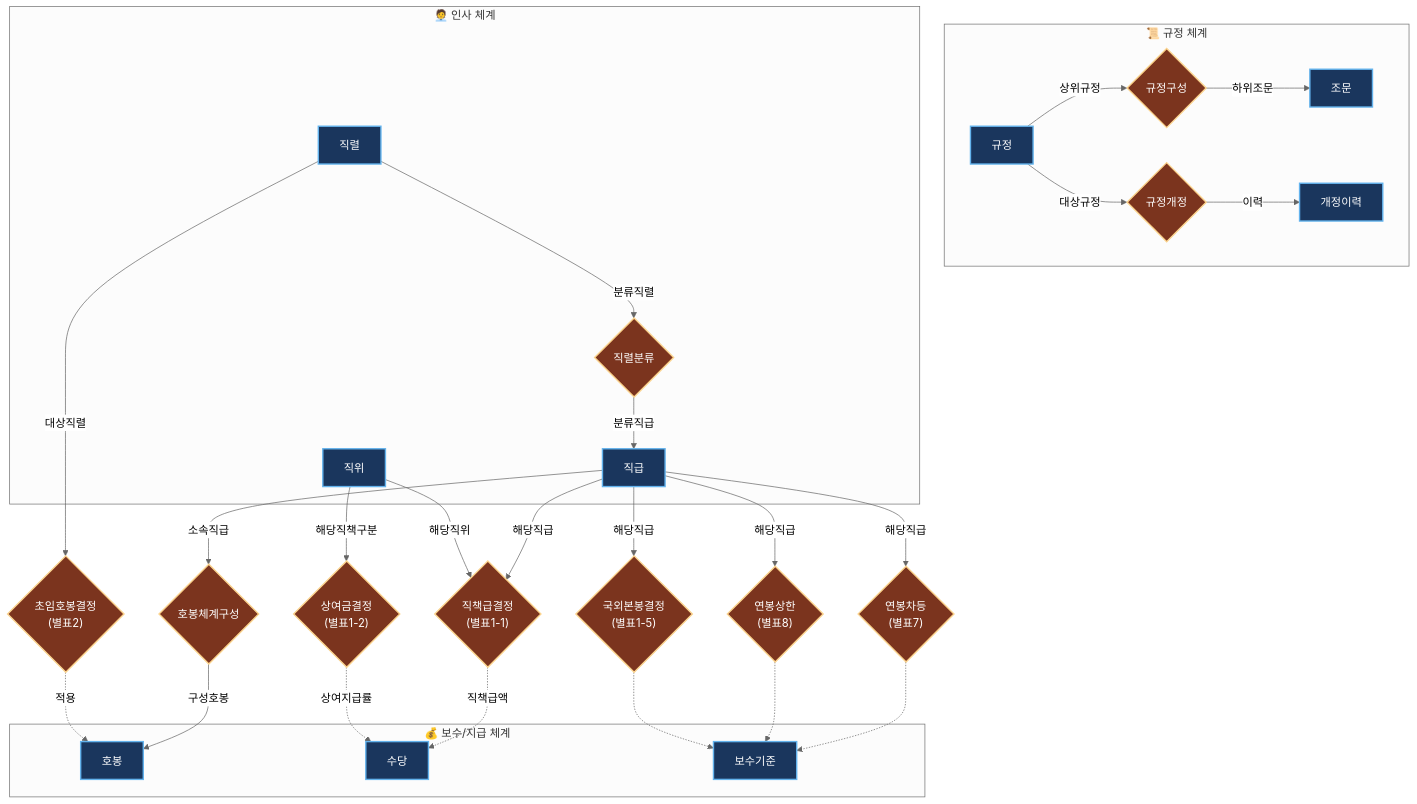
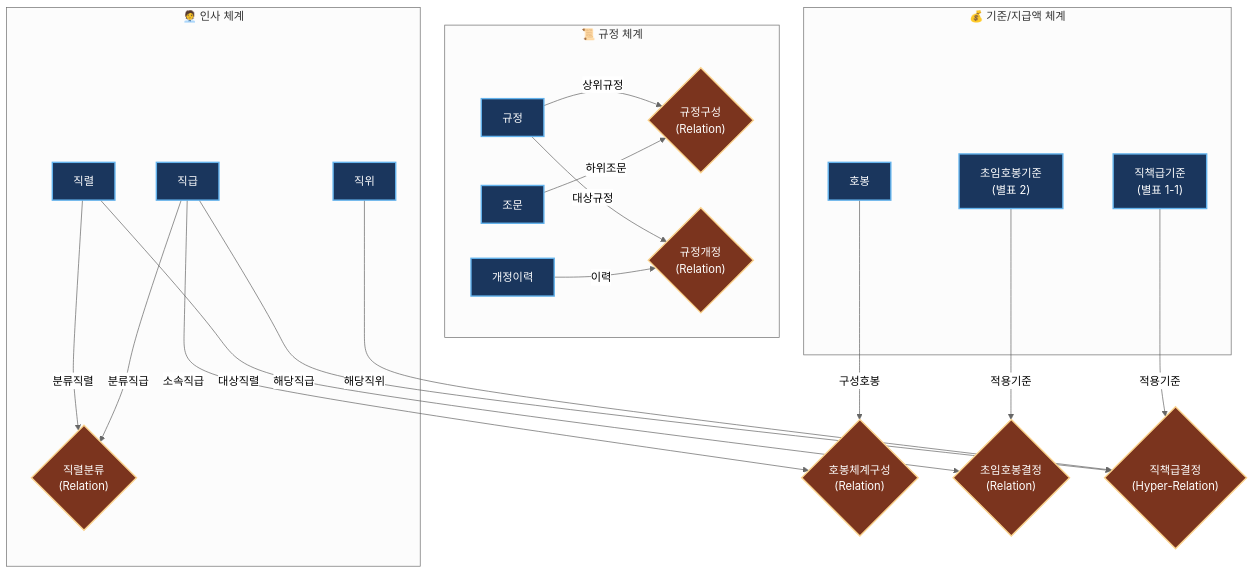
The diagram in docs/schema_diagram.md (shezgone/bok-compensation-regulations), drawn with Mermaid (neutral theme) before and after one commit. The commit also changed other lines of this file, not shown here.

Commit message:
docs: explicitly show N-ary hyper-relations in diagram

````diff
--- a/docs/schema_diagram.md
+++ b/docs/schema_diagram.md
@@ -3,71 +3,65 @@
 ```mermaid
 graph TD
     %% 다크 모드/라이트 모드 모두에서 잘 보이도록 고대비 색상 적용
     classDef entity fill:#1a365d,stroke:#63b3ed,stroke-width:2px,color:#ffffff;
-    classDef relation fill:#7b341e,stroke:#fbd38d,stroke-width:2px,color:#ffffff;
+    classDef relation fill:#7b341e,stroke:#fbd38d,stroke-width:2px,color:#ffffff,shape:diamond;
 
     %% --------------------------------
     %% 1. 규정 체계 (Regulation System)
     %% --------------------------------
     subgraph 규정_체계["📜 규정 체계"]
         Regulation["규정"]:::entity
         Article["조문"]:::entity
         History["개정이력"]:::entity
         
-        Rel_Comp{"규정구성"}:::relation
-        Rel_Rev{"규정개정"}:::relation
+        Rel_Comp{"규정구성<br/>(Relation)"}:::relation
+        Rel_Rev{"규정개정<br/>(Relation)"}:::relation
 
-        Regulation -->|상위규정| Rel_Comp -->|하위조문| Article
-        Regulation -->|대상규정| Rel_Rev -->|이력| History
+        Regulation -->|상위규정| Rel_Comp
+        Article -->|하위조문| Rel_Comp
+        
+        Regulation -->|대상규정| Rel_Rev
+        History -->|이력| Rel_Rev
     end
 
     %% --------------------------------
     %% 2. 인사 체계 (HR System)
     %% --------------------------------
     subgraph 인사_체계["🧑‍💼 인사 체계"]
         JobGroup["직렬"]:::entity
         Rank["직급"]:::entity
         Position["직위"]:::entity
         
-        Rel_Class{"직렬분류"}:::relation
-        JobGroup -->|분류직렬| Rel_Class -->|분류직급| Rank
+        Rel_Class{"직렬분류<br/>(Relation)"}:::relation
+        JobGroup -->|분류직렬| Rel_Class
+        Rank -->|분류직급| Rel_Class
     end
 
     %% --------------------------------
-    %% 3. 보수 체계 (Compensation System)
+    %% 3. 보수 산정 기준 체계 (Compensation Standards)
     %% --------------------------------
-    subgraph 보수_체계["💰 보수/지급 체계"]
+    subgraph 보수_체계["💰 기준/지급액 체계"]
         PayStep["호봉"]:::entity
-        Allowance["수당"]:::entity
-        BasePay["보수기준"]:::entity
+        PosPayStd["직책급기준\n(별표 1-1)"]:::entity
+        InitStepStd["초임호봉기준\n(별표 2)"]:::entity
     end
 
     %% --------------------------------
-    %% 4. 교차 및 산정 매핑 (Relations)
+    %% 4. N-ary(다항) 하이퍼그래프 릴레이션
     %% --------------------------------
-    %% 호봉 관련
-    Rel_PayStep{"호봉체계구성"}:::relation
-    Rank -->|소속직급| Rel_PayStep -->|구성호봉| PayStep
+    %% 호봉 체계 (2항)
+    Rel_PayStep{"호봉체계구성<br/>(Relation)"}:::relation
+    Rank -->|소속직급| Rel_PayStep
+    PayStep -->|구성호봉| Rel_PayStep
 
-    Rel_InitStep{"초임호봉결정\n(별표2)"}:::relation
-    JobGroup -->|대상직렬| Rel_InitStep -.->|적용| PayStep
+    %% 초임호봉 결정 (2항 구조)
+    Rel_InitStep{"초임호봉결정<br/>(Relation)"}:::relation
+    JobGroup -->|대상직렬| Rel_InitStep
+    InitStepStd -->|적용기준| Rel_InitStep
 
-    %% 수당/상여금 관련
-    Rel_PositionPay{"직책급결정\n(별표1-1)"}:::relation
+    %% [핵심] 직책급 결정 (3항 하이퍼그래프: 직급 + 직위 + 직책급기준 연결)
+    Rel_PositionPay{"직책급결정<br/>(Hyper-Relation)"}:::relation
     Rank -->|해당직급| Rel_PositionPay
     Position -->|해당직위| Rel_PositionPay
-    Rel_PositionPay -.->|직책급액| Allowance
-
-    Rel_Bonus{"상여금결정\n(별표1-2)"}:::relation
-    Position -->|해당직책구분| Rel_Bonus -.->|상여지급률| Allowance
-
-    %% 기본급/연봉/해외 관련
-    Rel_SalaryDiff{"연봉차등\n(별표7)"}:::relation
-    Rank -->|해당직급| Rel_SalaryDiff -.-> BasePay
-
-    Rel_SalaryLimit{"연봉상한\n(별표8)"}:::relation
-    Rank -->|해당직급| Rel_SalaryLimit -.-> BasePay
-
-    Rel_Overseas{"국외본봉결정\n(별표1-5)"}:::relation
-    Rank -->|해당직급| Rel_Overseas -.-> BasePay
+    PosPayStd -->|적용기준| Rel_PositionPay
 ```
````
